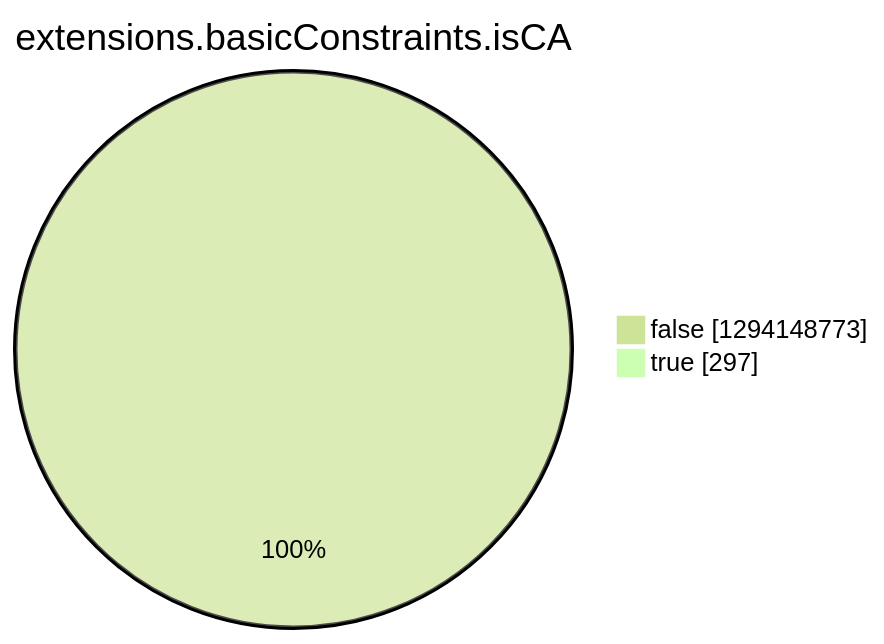
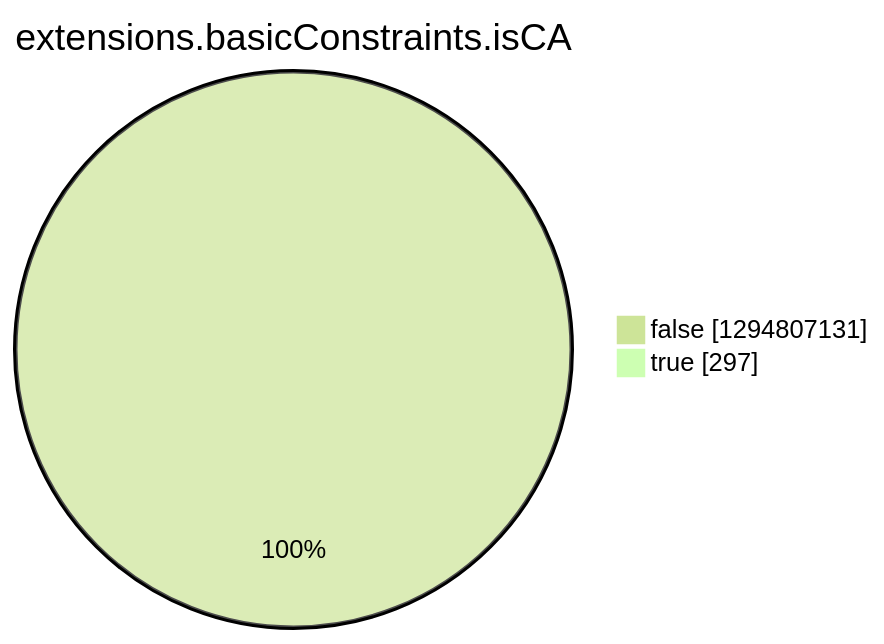
Before and after one commit to christiankrug/ctmonitor_visualization: the eighth of 15 diagrams in argon2022/README.md, drawn with Mermaid (forest theme). The commit also changed other lines of this file, not shown here.

````diff
--- a/argon2022/README.md
+++ b/argon2022/README.md
@@ -2756,6 +2756,6 @@
 ```mermaid
 pie showData
 title extensions.basicConstraints.isCA
-"false" :1294148773
+"false" :1294807131
 "true" :297
 ```
````
